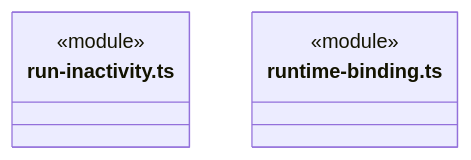
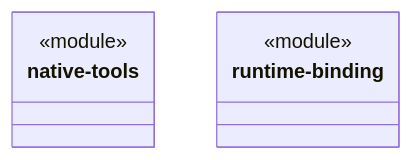
Before and after one commit to nan023062/cbim: the second of 2 diagrams in src/logic/execution/engines/ARCHITECTURE.md, drawn with Mermaid. The commit also changed other lines of this file and 158 other files, not shown here.

Commit message:
docs: model architecture through nested virtual encapsulations

````diff
--- a/src/logic/execution/engines/ARCHITECTURE.md
+++ b/src/logic/execution/engines/ARCHITECTURE.md
@@ -135,9 +61,11 @@
 ```mermaid
 classDiagram
-class N_src_logic_execution_engines_run_inactivity_ts["run-inactivity.ts"] {
+class N_5370822b05e3["native-tools"] {
   <<module>>
 }
-class N_src_logic_execution_engines_runtime_binding_ts["runtime-binding.ts"] {
+click N_5370822b05e3 href "native-tools.ts"
+class N_031911aaa6a3["runtime-binding"] {
   <<module>>
 }
+click N_031911aaa6a3 href "runtime-binding.ts"
 ```
````
